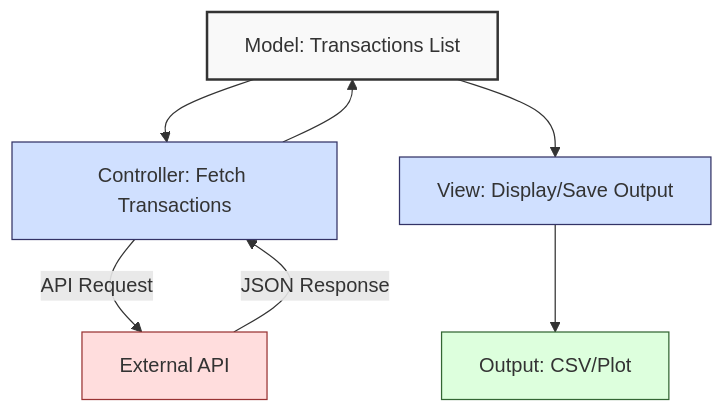
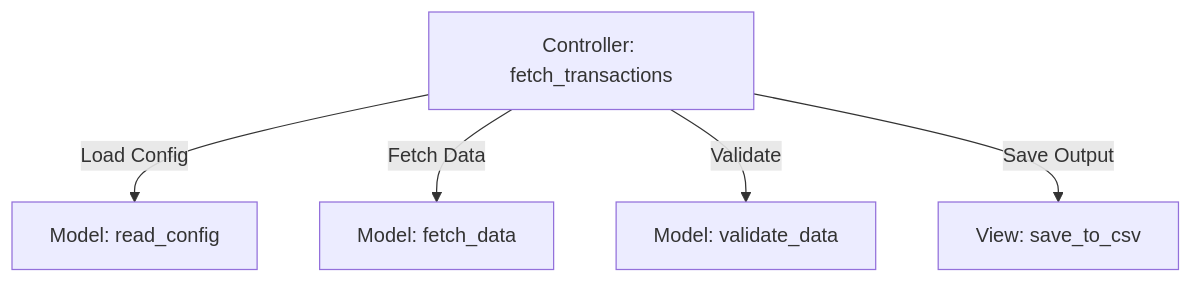
Before and after one commit to wahidyankf/oss: the second of 3 diagrams in apps-standalone/ayokoding-web/content/en/learn/software-engineering/onboardings/hijra-data-engineering/ch04-web-integration-and-apis/_index.md, drawn with Mermaid. The commit also changed other lines of this file and 2 other files, not shown here.

````diff
--- a/apps-standalone/ayokoding-web/content/en/learn/software-engineering/onboardings/hijra-data-engineering/ch04-web-integration-and-apis/_index.md
+++ b/apps-standalone/ayokoding-web/content/en/learn/software-engineering/onboardings/hijra-data-engineering/ch04-web-integration-and-apis/_index.md
@@ -234,19 +396,7 @@
 ```mermaid
 flowchart TD
-    A[Model: Transactions List] --> B[Controller: Fetch Transactions]
-    B -->|API Request| C[External API]
-    C -->|JSON Response| B
-    B --> A
-    A --> D[View: Display/Save Output]
-    D --> E[Output: CSV/Plot]
-
-    classDef data fill:#f9f9f9,stroke:#333,stroke-width:2px
-    classDef process fill:#d0e0ff,stroke:#336,stroke-width:1px
-    classDef external fill:#ffdddd,stroke:#933,stroke-width:1px
-    classDef output fill:#ddffdd,stroke:#363,stroke-width:1px
-
-    class A data
-    class B,D process
-    class C external
-    class E output
+    A[Controller: fetch_transactions] -->|Load Config| B[Model: read_config]
+    A -->|Fetch Data| C[Model: fetch_data]
+    A -->|Validate| D[Model: validate_data]
+    A -->|Save Output| E[View: save_to_csv]
 ```
````
